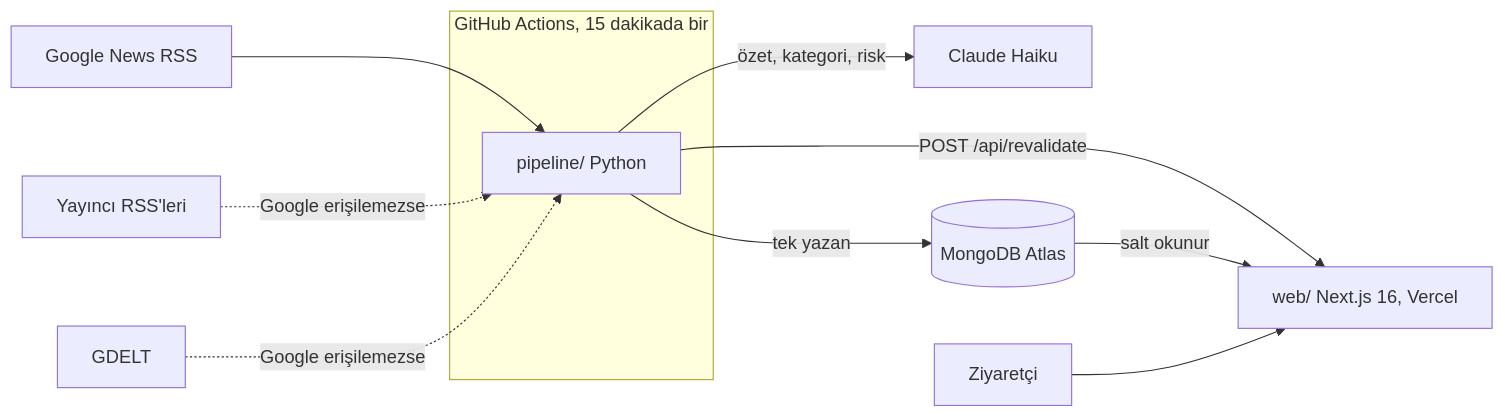
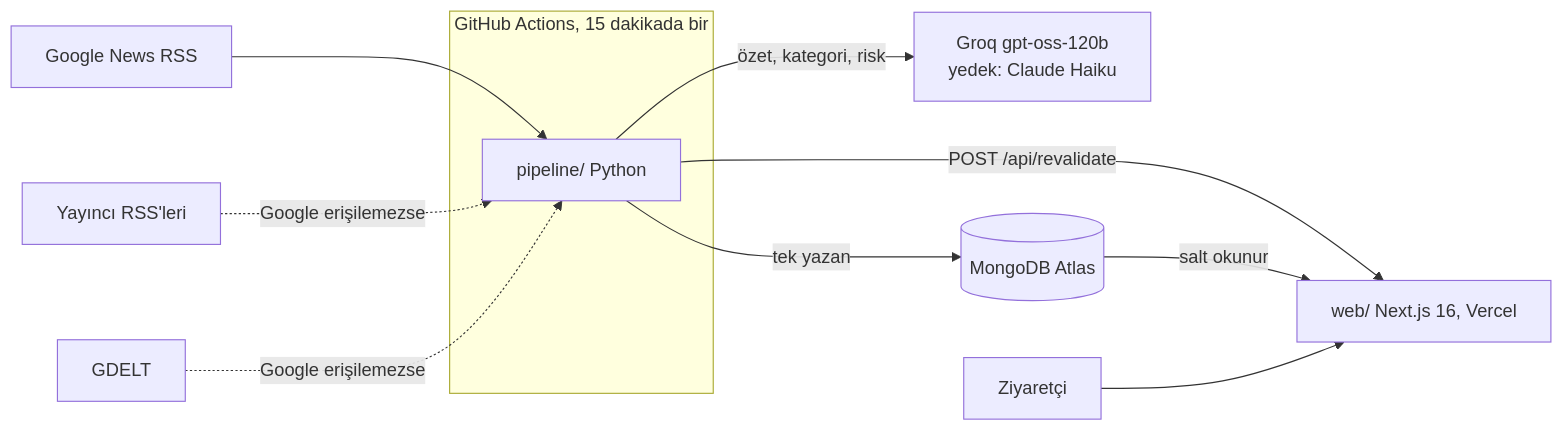
The diagram in README.md (Yigtwxx/tagnewspaper), drawn with Mermaid before and after one commit. The commit also changed other lines of this file and 11 other files, not shown here.

First line of the commit message:
feat(pipeline): summarize with Groq first and fall back to Claude

````diff
--- a/README.md
+++ b/README.md
@@ -32,14 +32,14 @@
 ```mermaid
 flowchart LR
   subgraph GH[GitHub Actions, 15 dakikada bir]
     P[pipeline/ Python]
   end
   GN[Google News RSS] --> P
   RSS[Yayıncı RSS'leri] -. Google erişilemezse .-> P
   GD[GDELT] -. Google erişilemezse .-> P
-  P -->|özet, kategori, risk| C[Claude Haiku]
+  P -->|özet, kategori, risk| C[Groq gpt-oss-120b<br/>yedek: Claude Haiku]
   P -->|tek yazan| DB[(MongoDB Atlas)]
   P -->|POST /api/revalidate| W
   DB -->|salt okunur| W[web/ Next.js 16, Vercel]
   U[Ziyaretçi] --> W
 ```
````
